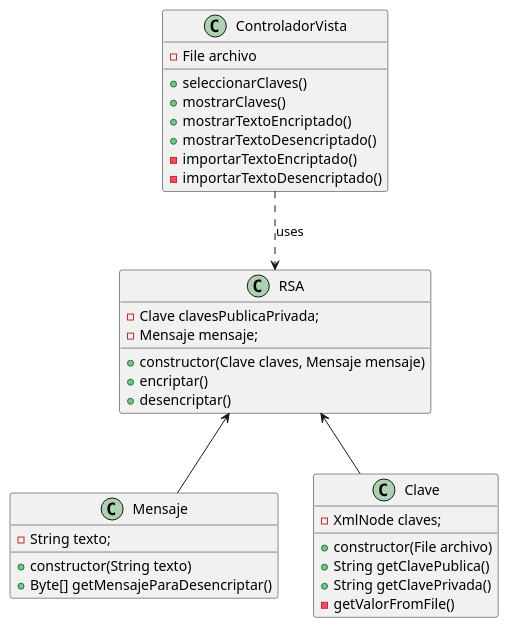
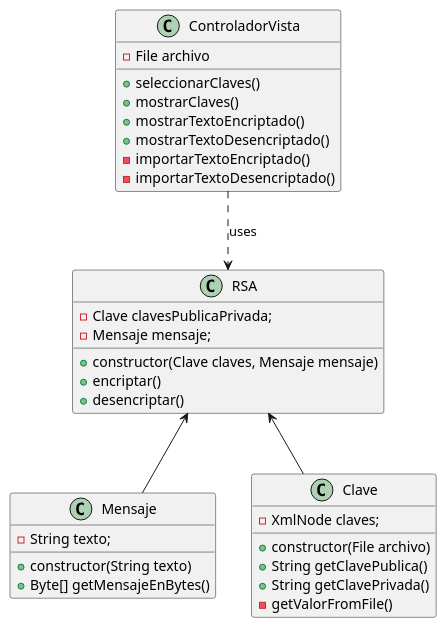
The diagram in ProyectoFinal/docs/diagramaDeClases.plantuml (josueMerino/cripto-final), drawn with PlantUML before and after one commit. The commit also changed 9 other files, not shown here.

```diff
--- a/ProyectoFinal/docs/diagramaDeClases.plantuml
+++ b/ProyectoFinal/docs/diagramaDeClases.plantuml
@@ -1,38 +1,38 @@
 @startuml
 
 class ControladorVista{
     - File archivo
     + seleccionarClaves()
     + mostrarClaves()
     + mostrarTextoEncriptado()
     + mostrarTextoDesencriptado()
     - importarTextoEncriptado()
     - importarTextoDesencriptado()
 
 }
 class RSA {
     - Clave clavesPublicaPrivada;
     - Mensaje mensaje;
     + constructor(Clave claves, Mensaje mensaje)
     + encriptar()
     + desencriptar()
 }
 
 class Mensaje{
     - String texto;
     + constructor(String texto)
-    + Byte[] getMensajeParaDesencriptar()
+    + Byte[] getMensajeEnBytes()
 }
 
 class Clave{
     - XmlNode claves;
     + constructor(File archivo)
     + String getClavePublica()
     + String getClavePrivada()
     - getValorFromFile()
 }
 
 ControladorVista ..> RSA : uses
 Clave -u-> RSA
 Mensaje -u-> RSA
 @enduml
```
